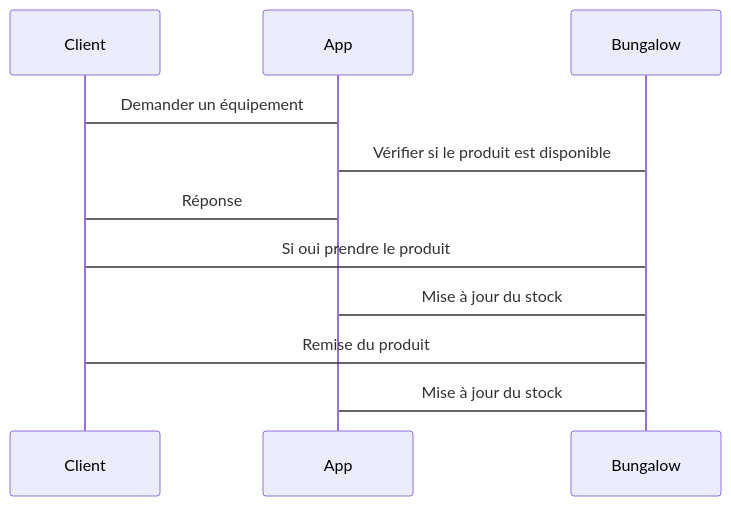
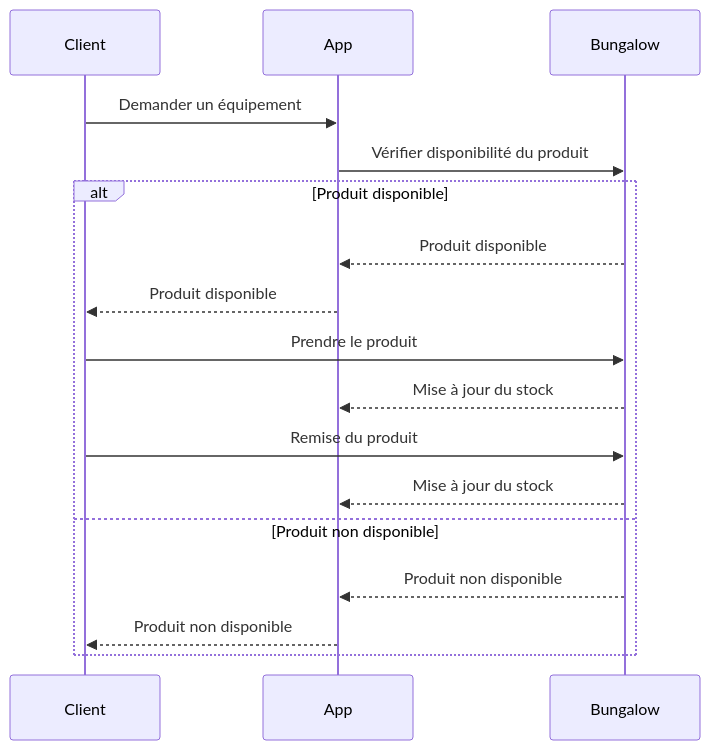
The diagram in diagramme.md (NathanFrny/Methodo-TP), drawn with Mermaid before and after one commit. The commit also changed 2 other files, not shown here.

Commit message:
add get equipement.js

````diff
--- a/diagramme.md
+++ b/diagramme.md
@@ -1,11 +1,17 @@
 ```mermaid
-%% Diagrame de séquence
-  sequenceDiagram
-Client->App: Demander un équipement
-App->Bungalow: Vérifier si le produit est disponible
-App->Client: Réponse
-Client->Bungalow: Si oui prendre le produit 
-Bungalow->App: Mise à jour du stock
-Client->Bungalow: Remise du produit
-Bungalow->App: Mise à jour du stock
+%% Diagramme de séquence
+sequenceDiagram
+    Client->>App: Demander un équipement
+    App->>Bungalow: Vérifier disponibilité du produit
+    alt Produit disponible
+        Bungalow-->>App: Produit disponible
+        App-->>Client: Produit disponible
+        Client->>Bungalow: Prendre le produit
+        Bungalow-->>App: Mise à jour du stock
+        Client->>Bungalow: Remise du produit
+        Bungalow-->>App: Mise à jour du stock
+    else Produit non disponible
+        Bungalow-->>App: Produit non disponible
+        App-->>Client: Produit non disponible
+    end
 ```
````
